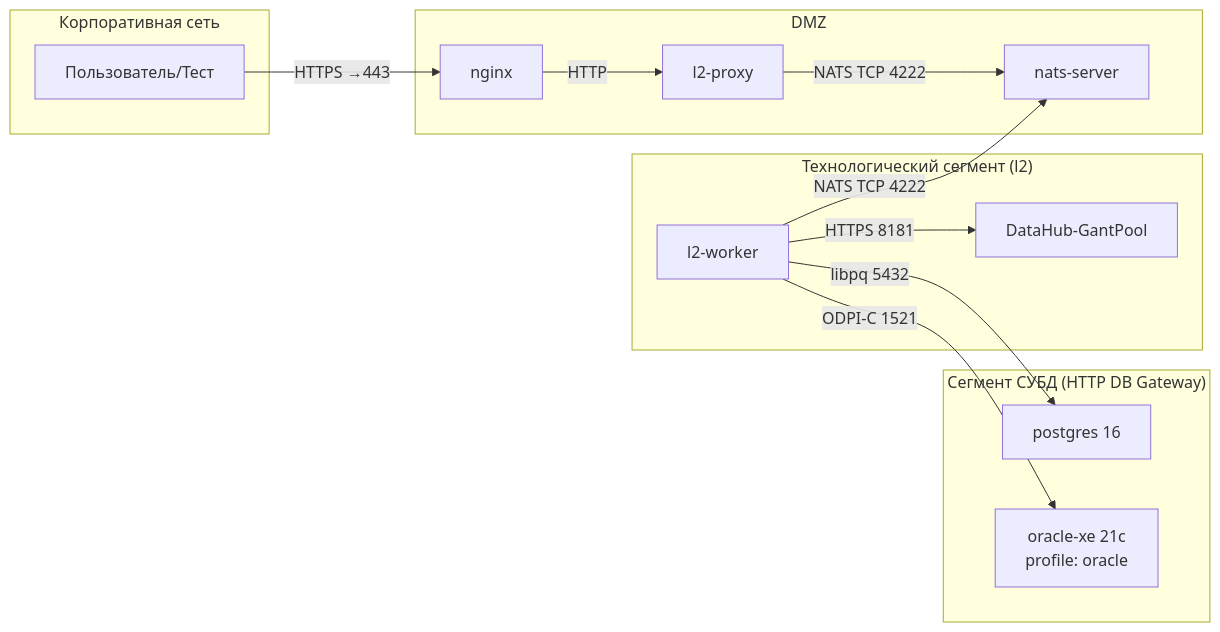
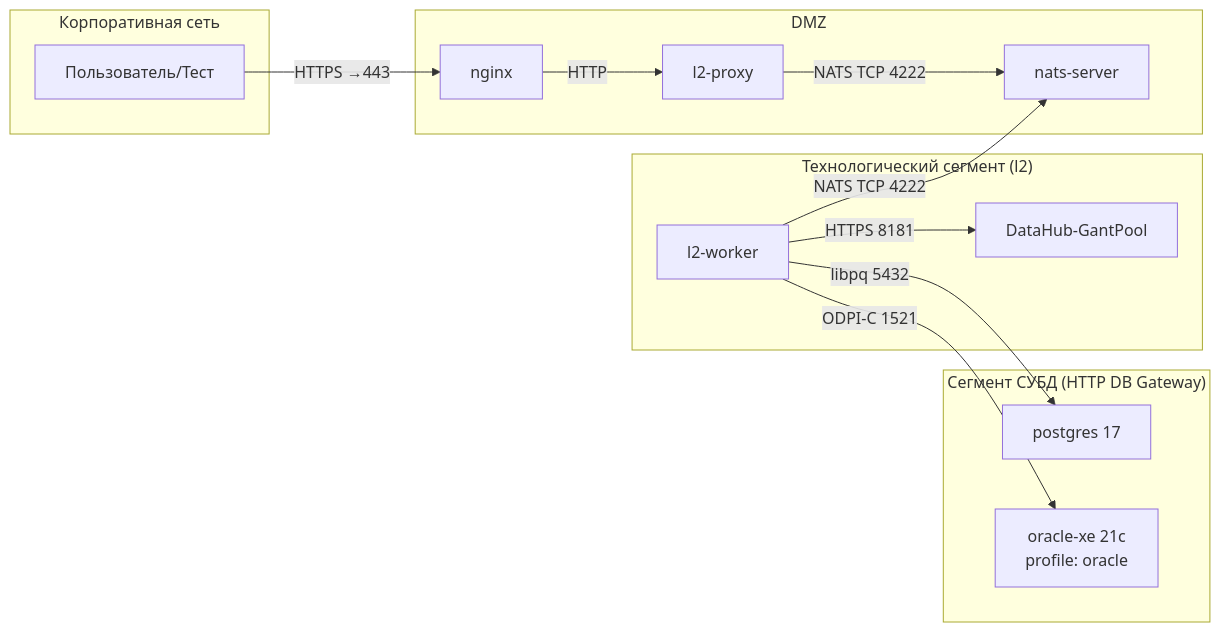
One commit to pavel-pimenov/http-data-diod changed the second of 2 diagrams in README.md. Above: the diagram before and after it, drawn with Mermaid. The commit also changed other lines of this file and 6 other files, not shown here.

````diff
--- a/README.md
+++ b/README.md
@@ -69,39 +69,39 @@
 ```mermaid
 flowchart LR
     %% Корпоративная сеть
     subgraph CORP ["Корпоративная сеть"]
         user[Пользователь/Тест]
     end
 
     %% DMZ зона
     subgraph DMZ ["DMZ"]
         nginx[nginx]
         proxy[l2-proxy]
         nats[nats-server]
     end
 
     %% Технологический сегмент l2
     subgraph L2_NET ["Технологический сегмент (l2)"]
         worker[l2-worker]
         datahub-gantpool[DataHub-GantPool]
     end
 
     %% Сегмент баз данных (HTTP DB Gateway)
     subgraph DB_NET ["Сегмент СУБД (HTTP DB Gateway)"]
-        postgres[postgres 16]
+        postgres[postgres 17]
         oracle[oracle-xe 21c<br/>profile: oracle]
     end
 
     %% Основной клиентский маршрут
     user -- "HTTPS →443" --> nginx
     nginx -- "HTTP" --> proxy
     worker -- "HTTPS 8181" --> datahub-gantpool
 
     %% Messaging
     proxy -- "NATS TCP 4222" --> nats
     worker -- "NATS TCP 4222" --> nats
 
     %% HTTP DB Gateway: воркер держит пулы соединений с СУБД
     worker -- "libpq 5432" --> postgres
     worker -- "ODPI-C 1521" --> oracle
 ```
````
